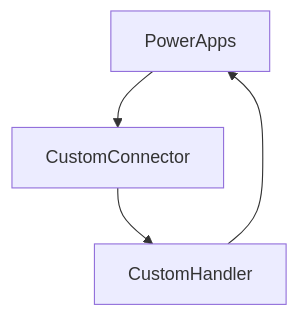
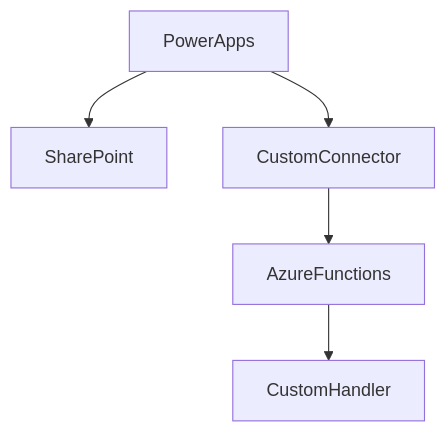
The diagram in README.md (jianxu42/ReshapeJsonDemo), drawn with Mermaid before and after one commit.

````diff
--- a/README.md
+++ b/README.md
@@ -5,6 +5,7 @@
 ```mermaid
 graph TD;
+    PowerApps-->SharePoint;
     PowerApps-->CustomConnector;
-    CustomConnector-->CustomHandler;
-    CustomHandler-->PowerApps;
+    CustomConnector-->AzureFunctions;
+    AzureFunctions-->CustomHandler;
 ```
````
